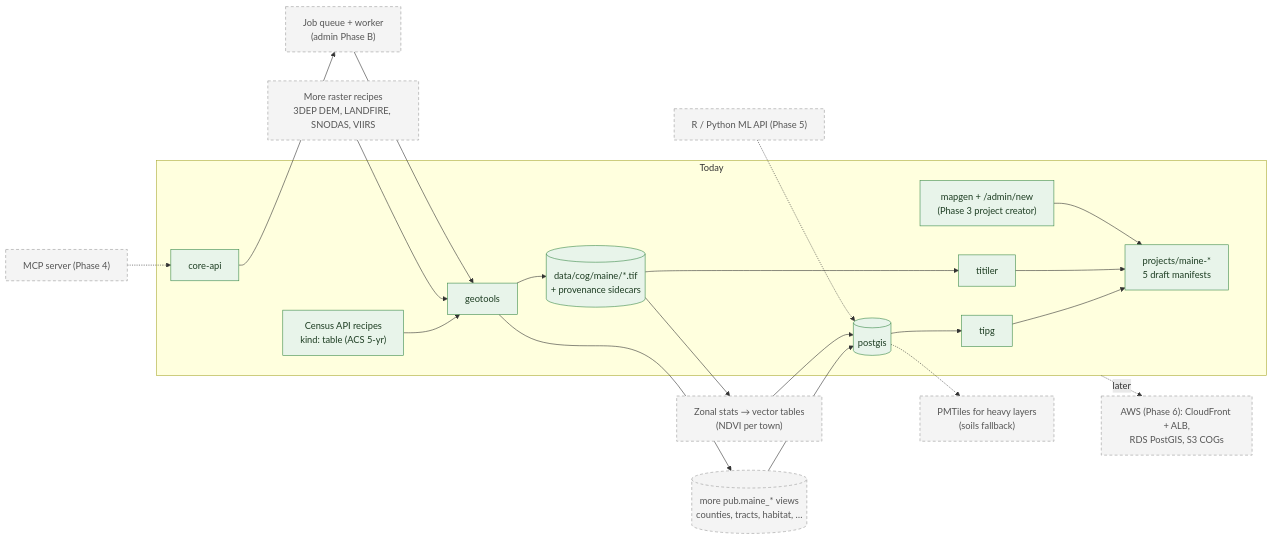
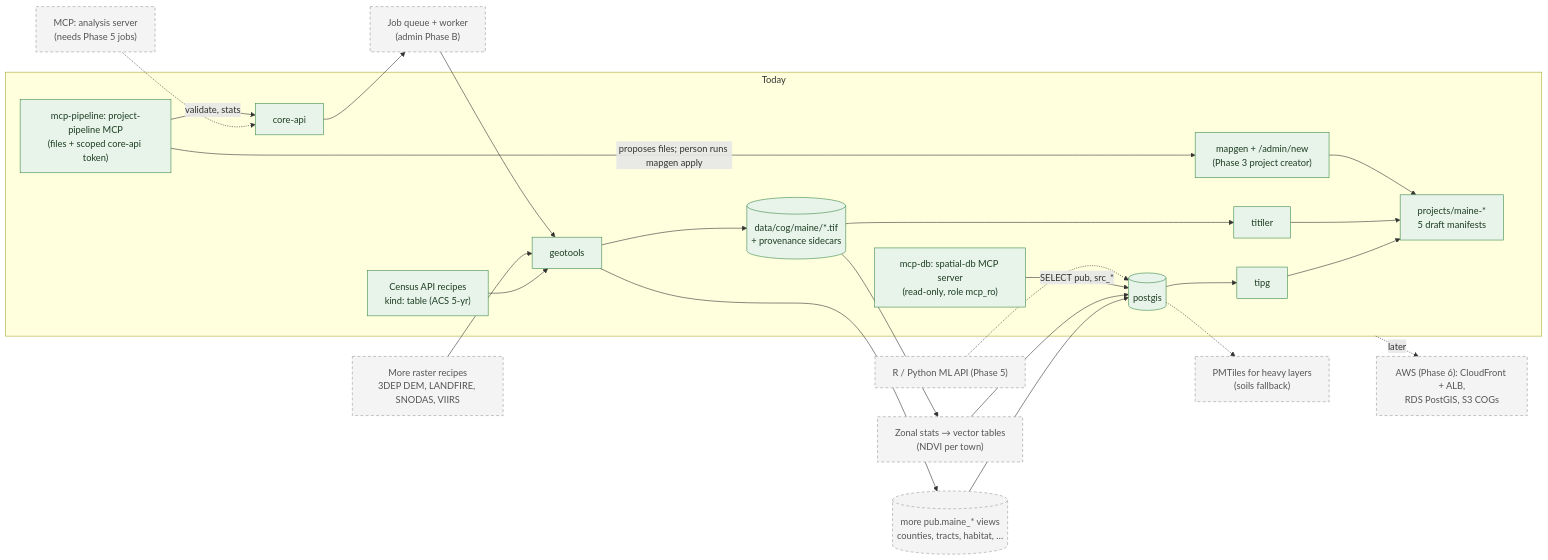
Before and after one commit to rwspatial/everything: the fourth of 4 diagrams in docs/architecture.md, drawn with Mermaid. The commit also changed other lines of this file and 25 other files, not shown here.

````diff
--- a/docs/architecture.md
+++ b/docs/architecture.md
@@ -133,39 +133,44 @@
 ```mermaid
 flowchart LR
   classDef now fill:#e8f4ea,stroke:#3c8a4a,color:#1d3d22
   classDef todo fill:#f4f4f4,stroke:#999,stroke-dasharray:5 4,color:#555
 
   subgraph today["Today"]
     tipg["tipg"]:::now
     titiler["titiler"]:::now
     postgis[("postgis")]:::now
     core_api["core-api"]:::now
     geotools["geotools"]:::now
     maine_proj["projects/maine-*<br/>5 draft manifests"]:::now
     census["Census API recipes<br/>kind: table (ACS 5-yr)"]:::now
     mapgen["mapgen + /admin/new<br/>(Phase 3 project creator)"]:::now
+    mcp_db["mcp-db: spatial-db MCP server<br/>(read-only, role mcp_ro)"]:::now
+    mcp_pipe["mcp-pipeline: project-pipeline MCP<br/>(files + scoped core-api token)"]:::now
     cogs[("data/cog/maine/*.tif<br/>+ provenance sidecars")]:::now
   end
 
   maine_views[("more pub.maine_* views<br/>counties, tracts, habitat, …")]:::todo
   rasters["More raster recipes<br/>3DEP DEM, LANDFIRE, SNODAS, VIIRS"]:::todo
   zonal["Zonal stats → vector tables<br/>(NDVI per town)"]:::todo
   worker["Job queue + worker<br/>(admin Phase B)"]:::todo
   pmtiles["PMTiles for heavy layers<br/>(soils fallback)"]:::todo
-  mcp["MCP server (Phase 4)"]:::todo
+  mcp["MCP: analysis server<br/>(needs Phase 5 jobs)"]:::todo
   ml["R / Python ML API (Phase 5)"]:::todo
   aws["AWS (Phase 6): CloudFront + ALB,<br/>RDS PostGIS, S3 COGs"]:::todo
 
   census --> geotools
   geotools --> maine_views
   maine_views --> postgis
   postgis --> tipg --> maine_proj
   rasters --> geotools --> cogs --> titiler --> maine_proj
   cogs --> zonal --> postgis
   core_api --> worker --> geotools
   postgis -.-> pmtiles
   mcp -.-> core_api
+  mcp_db -->|"SELECT pub, src_*"| postgis
+  mcp_pipe -->|"validate, stats"| core_api
+  mcp_pipe -->|"proposes files; person runs mapgen apply"| mapgen
   mapgen --> maine_proj
   ml -.-> postgis
   today -.->|later| aws
 ```
````
